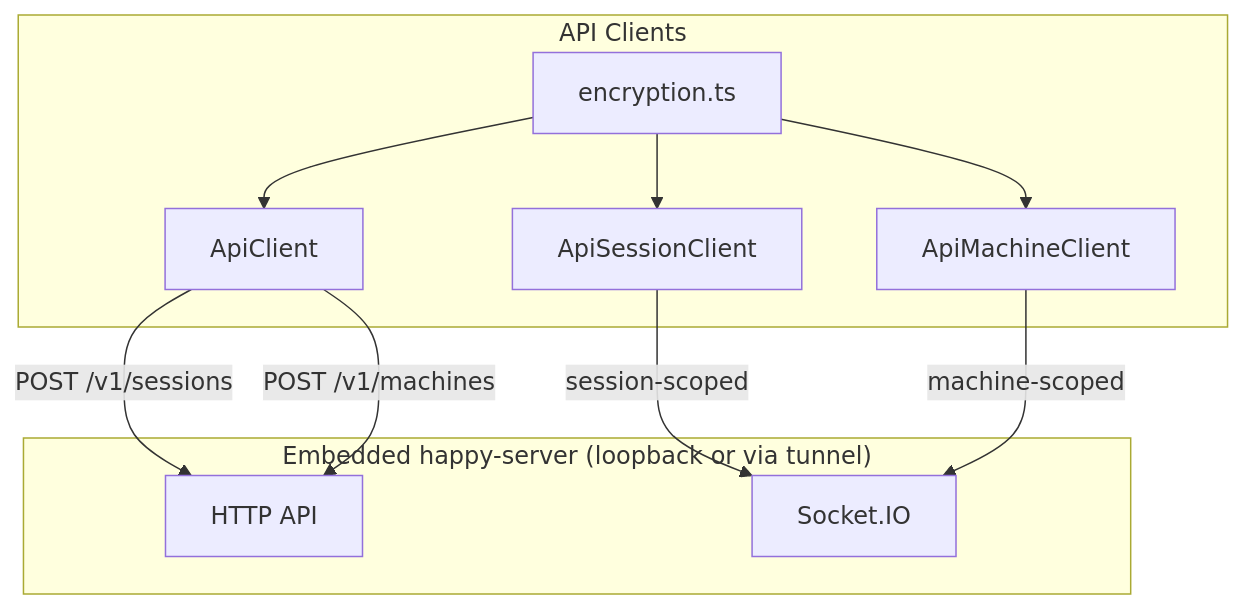
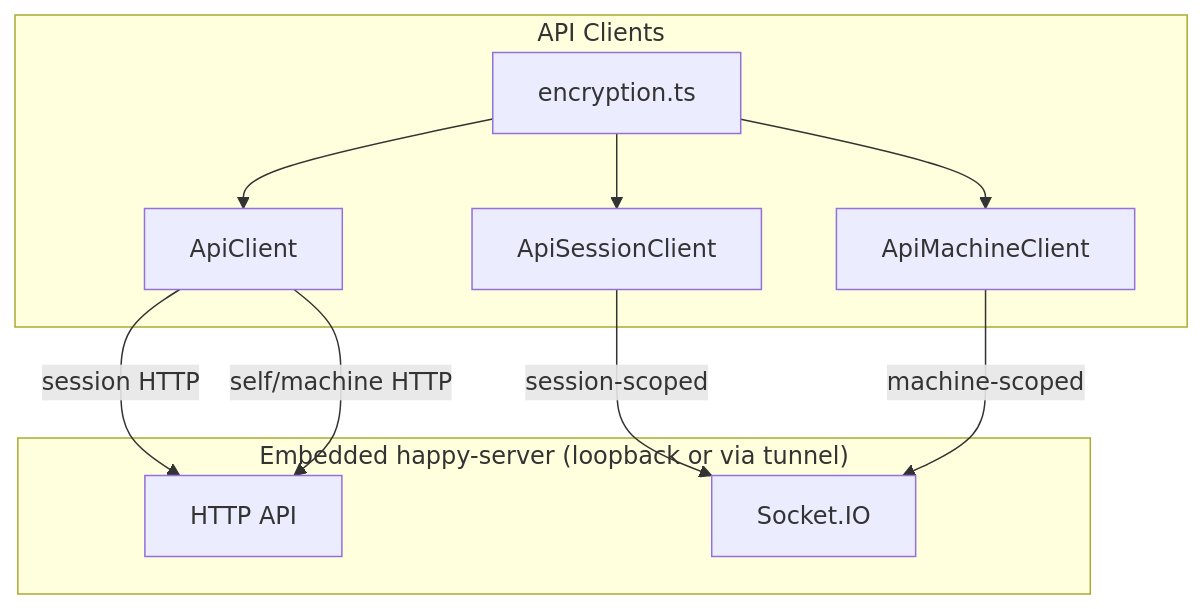
The fourth of 12 diagrams in docs/cli-architecture.md (Evyatar108/happy), drawn with Mermaid before and after one commit. The commit also changed other lines of this file and 19 other files, not shown here.

````diff
--- a/docs/cli-architecture.md
+++ b/docs/cli-architecture.md
@@ -150,22 +150,22 @@
 ```mermaid
 graph TB
     subgraph "API Clients"
         Base[ApiClient]
         Session[ApiSessionClient]
         Machine[ApiMachineClient]
         Encrypt[encryption.ts]
     end
 
     subgraph "Embedded happy-server (loopback or via tunnel)"
         HTTP[HTTP API]
         Socket[Socket.IO]
     end
 
-    Base --> |POST /v1/sessions| HTTP
-    Base --> |POST /v1/machines| HTTP
+    Base --> |session HTTP| HTTP
+    Base --> |self/machine HTTP| HTTP
 
     Session --> |session-scoped| Socket
     Machine --> |machine-scoped| Socket
 
     Encrypt --> Base & Session & Machine
 ```
````
